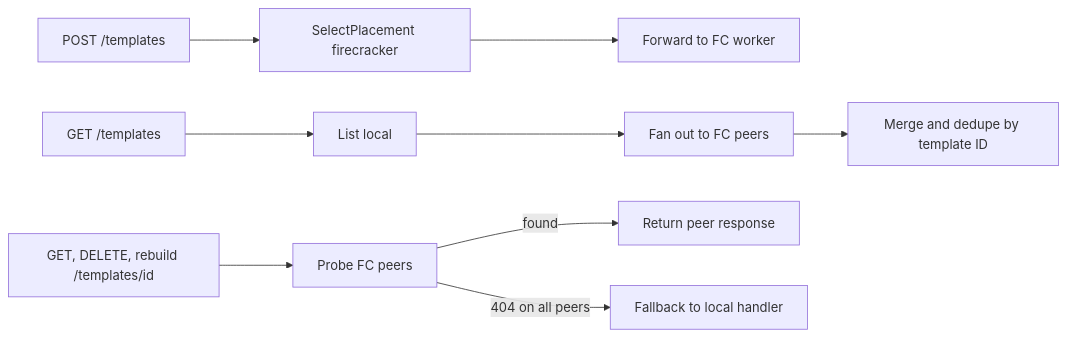
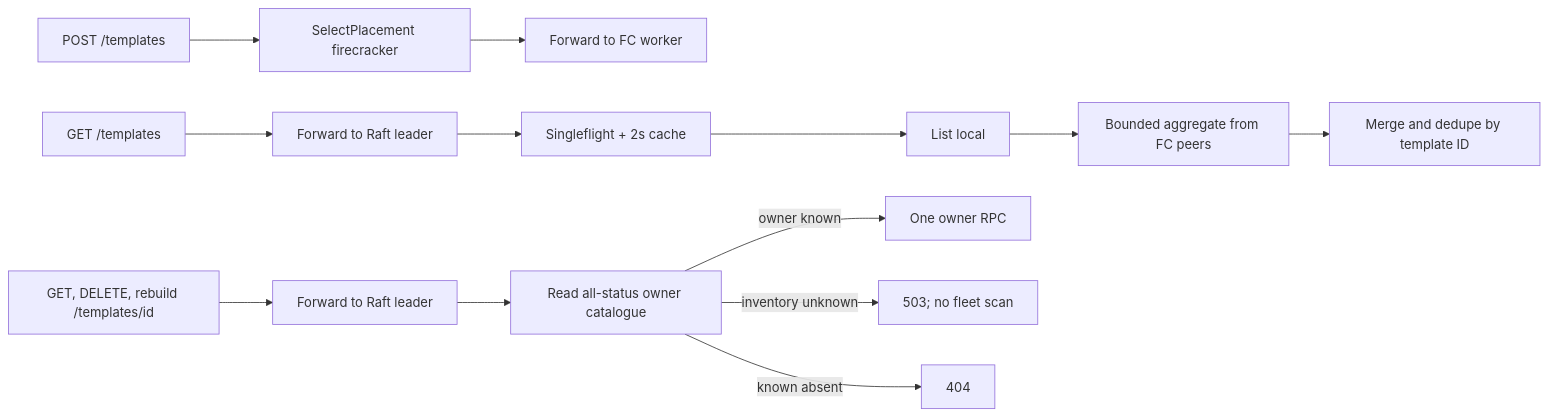
The second of 2 diagrams in pr-review.md (aerol-ai/microvm), drawn with Mermaid before and after one commit. The commit also changed other lines of this file and 67 other files, not shown here.

````diff
--- a/pr-review.md
+++ b/pr-review.md
@@ -233,13 +229,17 @@
 ```mermaid
 flowchart LR
     TC["POST /templates"] --> PFC["SelectPlacement firecracker"]
     PFC --> TF["Forward to FC worker"]
 
-    TL["GET /templates"] --> LM["List local"]
-    LM --> PM["Fan out to FC peers"]
+    TL["GET /templates"] --> LC["Forward to Raft leader"]
+    LC --> SF["Singleflight + 2s cache"]
+    SF --> LM["List local"]
+    LM --> PM["Bounded aggregate from FC peers"]
     PM --> MD["Merge and dedupe by template ID"]
 
-    TI["GET, DELETE, rebuild /templates/id"] --> PR["Probe FC peers"]
-    PR -->|found| Ret["Return peer response"]
-    PR -->|404 on all peers| FB["Fallback to local handler"]
+    TI["GET, DELETE, rebuild /templates/id"] --> CO["Forward to Raft leader"]
+    CO --> INV["Read all-status owner catalogue"]
+    INV -->|owner known| PR["One owner RPC"]
+    INV -->|inventory unknown| U["503; no fleet scan"]
+    INV -->|known absent| NF["404"]
 ```
````
